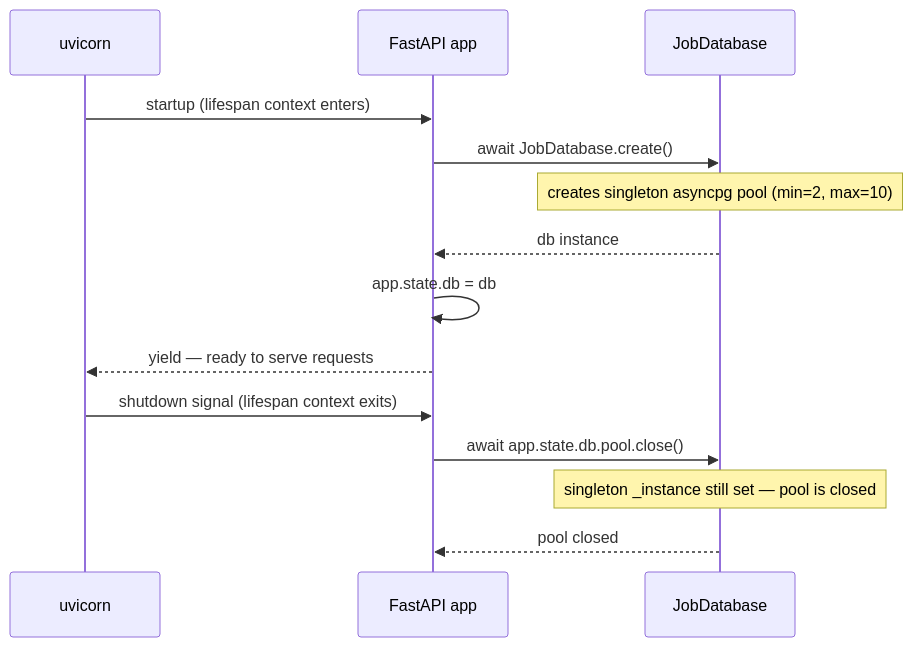
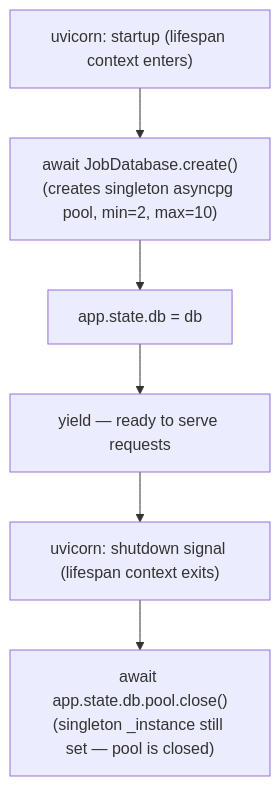
The first of 6 diagrams in docs/diagrams/main_api_seq.md (AustinDwomoh/libra), drawn with Mermaid before and after one commit. The commit also changed other lines of this file and 17 other files, not shown here.

First line of the commit message:
Convert Mermaid sequences to flowcharts

````diff
--- a/docs/diagrams/main_api_seq.md
+++ b/docs/diagrams/main_api_seq.md
@@ -1,20 +1,10 @@
 ```mermaid
-%% sequenceDiagram — FastAPI lifespan: startup and shutdown
+%% flowchart — FastAPI lifespan: startup and shutdown
 %% NOTE: file named main_flask_seq.md for historical reasons — this is FastAPI, not Flask
-sequenceDiagram
-    participant UV as uvicorn
-    participant App as FastAPI app
-    participant DB as JobDatabase
-
-    UV->>App: startup (lifespan context enters)
-    App->>DB: await JobDatabase.create()
-    Note over DB: creates singleton asyncpg pool (min=2, max=10)
-    DB-->>App: db instance
-    App->>App: app.state.db = db
-    App-->>UV: yield — ready to serve requests
-
-    UV->>App: shutdown signal (lifespan context exits)
-    App->>DB: await app.state.db.pool.close()
-    Note over DB: singleton _instance still set — pool is closed
-    DB-->>App: pool closed
+flowchart TD
+    A["uvicorn: startup (lifespan context enters)"] --> B["await JobDatabase.create()<br/>(creates singleton asyncpg pool, min=2, max=10)"]
+    B --> C["app.state.db = db"]
+    C --> D["yield — ready to serve requests"]
+    D --> E["uvicorn: shutdown signal (lifespan context exits)"]
+    E --> F["await app.state.db.pool.close()<br/>(singleton _instance still set — pool is closed)"]
 ```
````
